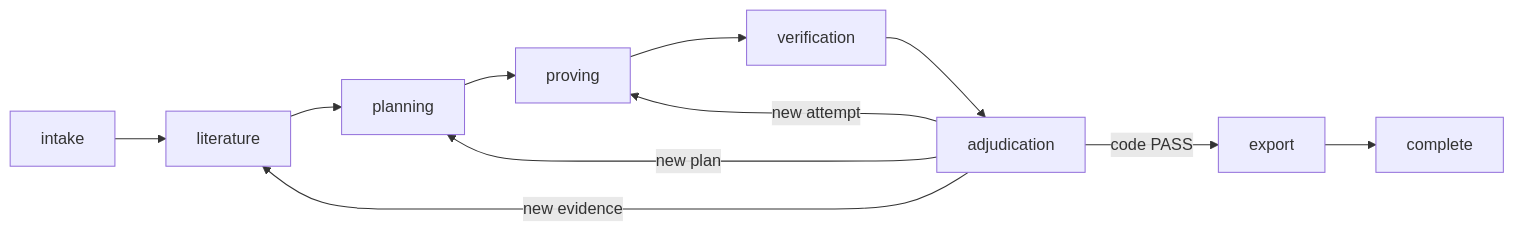
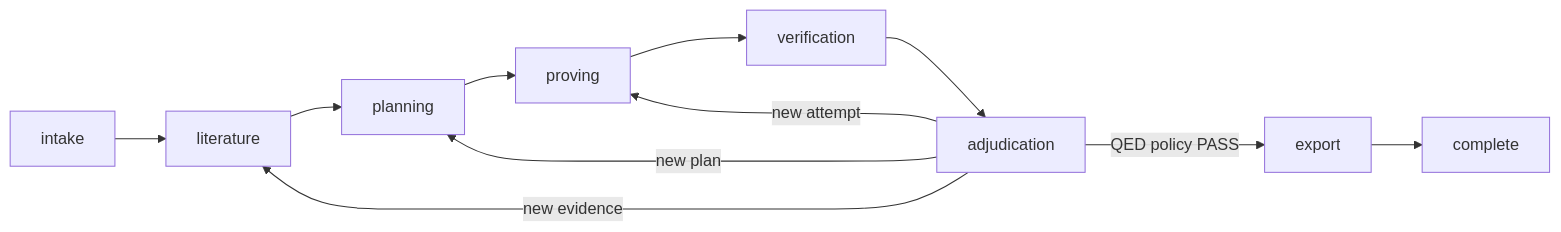
Before and after one commit to JJYYY-JJY/QED: the diagram in README.md, drawn with Mermaid. The commit also changed other lines of this file and 69 other files, not shown here.

````diff
--- a/README.md
+++ b/README.md
@@ -198,13 +217,13 @@
 ```mermaid
 flowchart LR
     I[intake] --> L[literature]
     L --> P[planning]
     P --> C[proving]
     C --> V[verification]
     V --> A[adjudication]
     A -->|new evidence| L
     A -->|new plan| P
     A -->|new attempt| C
-    A -->|code PASS| E[export]
+    A -->|QED policy PASS| E[export]
     E --> D[complete]
 ```
````
